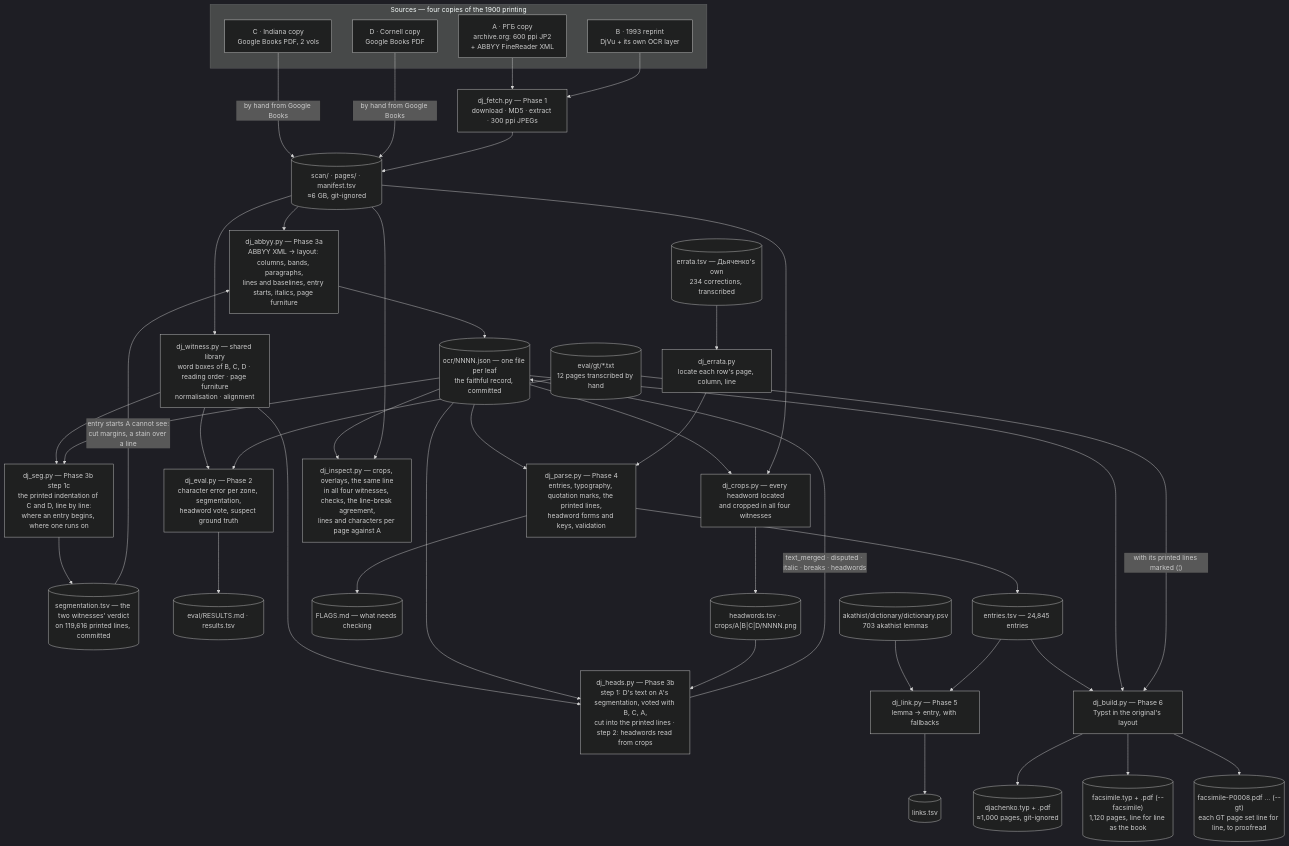
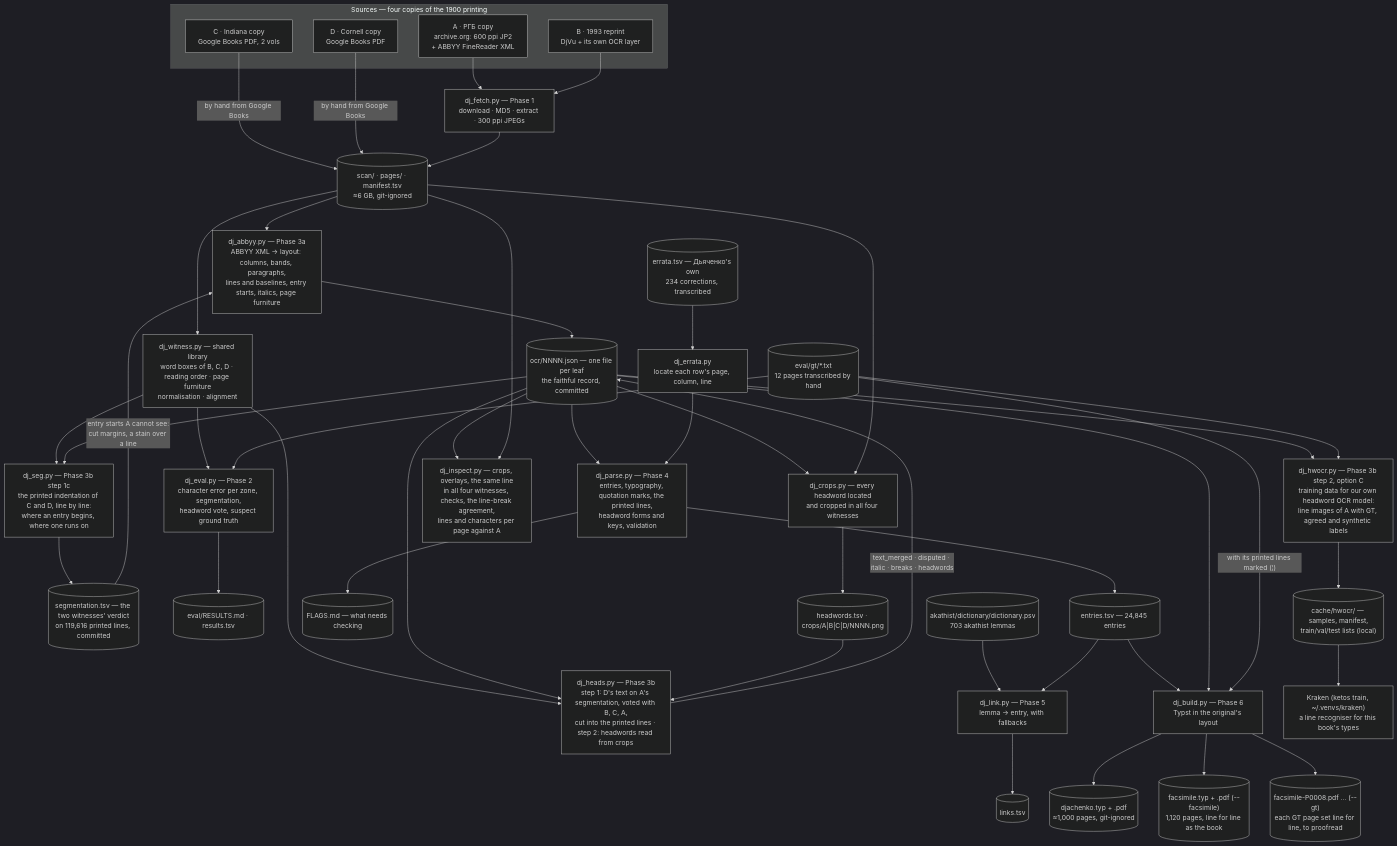
Before and after one commit to pancakescrawlspace/akafist: the diagram in README.md, drawn with Mermaid (dark theme). The commit also changed other lines of this file and 4 other files, not shown here.

First line of the commit message:
Дьяченко: option (C) for the headwords — our own OCR model; dj_hwocr.py, HWOCR.md

````diff
--- a/README.md
+++ b/README.md
@@ -181,58 +181,63 @@
 ```mermaid
 flowchart TD
     subgraph SRC["Sources — four copies of the 1900 printing"]
         WA["A · РГБ copy<br/>archive.org: 600 ppi JP2<br/>+ ABBYY FineReader XML"]
         WB["B · 1993 reprint<br/>DjVu + its own OCR layer"]
         WC["C · Indiana copy<br/>Google Books PDF, 2 vols"]
         WD["D · Cornell copy<br/>Google Books PDF"]
     end
 
     WA --> FETCH["dj_fetch.py — Phase 1<br/>download · MD5 · extract · 300 ppi JPEGs"]
     WB --> FETCH
     WC -- "by hand from Google Books" --> SCAN
     WD -- "by hand from Google Books" --> SCAN
     FETCH --> SCAN[("scan/ · pages/ · manifest.tsv<br/>≈6 GB, git-ignored")]
 
     SCAN --> ABBYY["dj_abbyy.py — Phase 3a<br/>ABBYY XML → layout: columns, bands, paragraphs,<br/>lines and baselines, entry starts, italics, page furniture"]
     ABBYY --> OCRJ[("ocr/NNNN.json — one file per leaf<br/>the faithful record, committed")]
 
     SCAN --> WITLIB["dj_witness.py — shared library<br/>word boxes of B, C, D · reading order · page furniture<br/>normalisation · alignment"]
 
     WITLIB --> HEADS["dj_heads.py — Phase 3b<br/>step 1: D's text on A's segmentation, voted with B, C, A,<br/>cut into the printed lines · step 2: headwords read from crops"]
     OCRJ --> HEADS
     HEADS -- "text_merged · disputed · italic · breaks · headwords" --> OCRJ
 
     WITLIB --> SEG["dj_seg.py — Phase 3b step 1c<br/>the printed indentation of C and D, line by line:<br/>where an entry begins, where one runs on"]
     OCRJ --> SEG
     SEG --> SEGF[("segmentation.tsv — the two witnesses' verdict<br/>on 119,616 printed lines, committed")]
     SEGF -- "entry starts A cannot see:<br/>cut margins, a stain over a line" --> ABBYY
 
     WITLIB --> EVAL["dj_eval.py — Phase 2<br/>character error per zone, segmentation,<br/>headword vote, suspect ground truth"]
     GT[("eval/gt/*.txt<br/>12 pages transcribed by hand")] --> EVAL
     EVAL --> RES[("eval/RESULTS.md · results.tsv")]
 
     OCRJ --> PARSE["dj_parse.py — Phase 4<br/>entries, typography, quotation marks, the printed lines,<br/>headword forms and keys, validation"]
     ERR[("errata.tsv — Дьяченко's own<br/>234 corrections, transcribed")] --> ERRATA["dj_errata.py<br/>locate each row's page, column, line"]
     ERRATA --> PARSE
     PARSE --> ENT[("entries.tsv — 24,845 entries")]
     PARSE --> FLG[("FLAGS.md — what needs checking")]
 
     PSV[("akathist/dictionary/dictionary.psv<br/>703 akathist lemmas")] --> LINK["dj_link.py — Phase 5<br/>lemma → entry, with fallbacks"]
     ENT --> LINK
     LINK --> LNK[("links.tsv")]
 
     ENT --> BUILD["dj_build.py — Phase 6<br/>Typst in the original's layout"]
     BUILD --> PDF[("djachenko.typ + .pdf<br/>≈1,000 pages, git-ignored")]
     OCRJ --> BUILD
     BUILD --> FAC[("facsimile.typ + .pdf (--facsimile)<br/>1,120 pages, line for line as the book")]
     GT -- "with its printed lines marked (¦)" --> BUILD
     BUILD --> GTFAC[("facsimile-P0008.pdf … (--gt)<br/>each GT page set line for line, to proofread")]
 
     OCRJ --> CROPS["dj_crops.py — every headword located<br/>and cropped in all four witnesses"]
     SCAN --> CROPS
     CROPS --> HW[("headwords.tsv · crops/A|B|C|D/NNNN.png")]
     HW --> HEADS
 
+    OCRJ --> HWOCR["dj_hwocr.py — Phase 3b step 2, option C<br/>training data for our own headword OCR model:<br/>line images of A with GT, agreed and synthetic labels"]
+    GT --> HWOCR
+    HWOCR --> HWD[("cache/hwocr/ — samples, manifest,<br/>train/val/test lists (local)")]
+    HWD --> KRAKEN["Kraken (ketos train, ~/.venvs/kraken)<br/>a line recogniser for this book's types"]
+
     OCRJ --> INSP["dj_inspect.py — crops, overlays, the same line<br/>in all four witnesses, checks, the line-break agreement,<br/>lines and characters per page against A"]
     SCAN --> INSP
 ```
````
